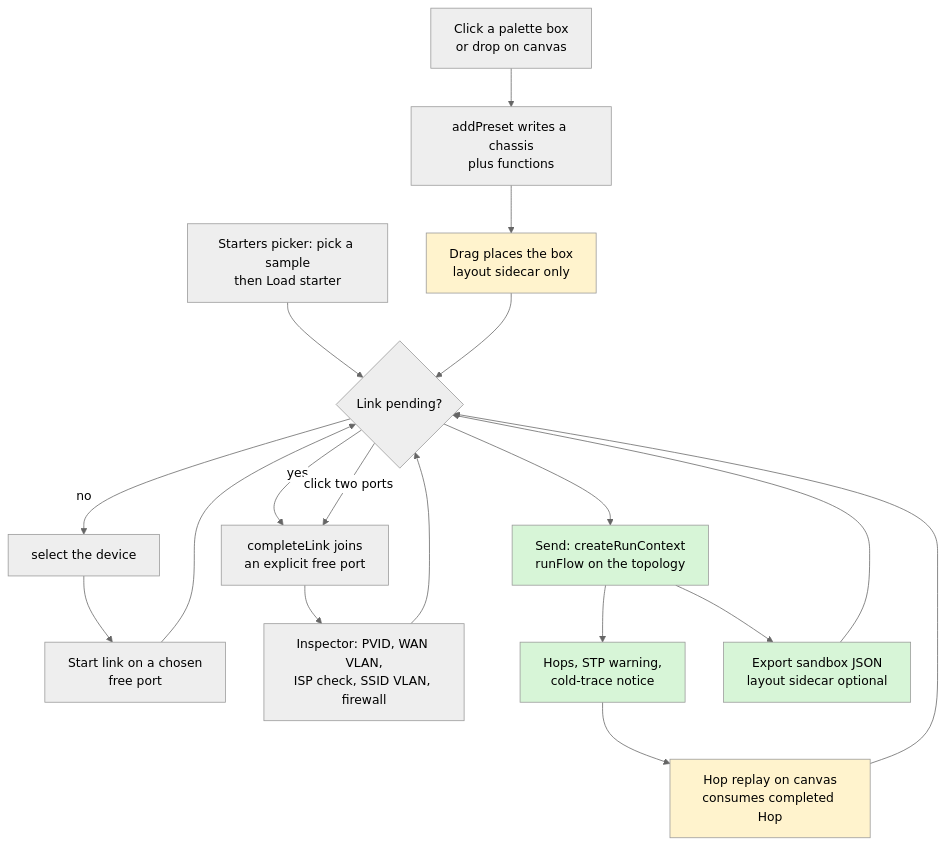
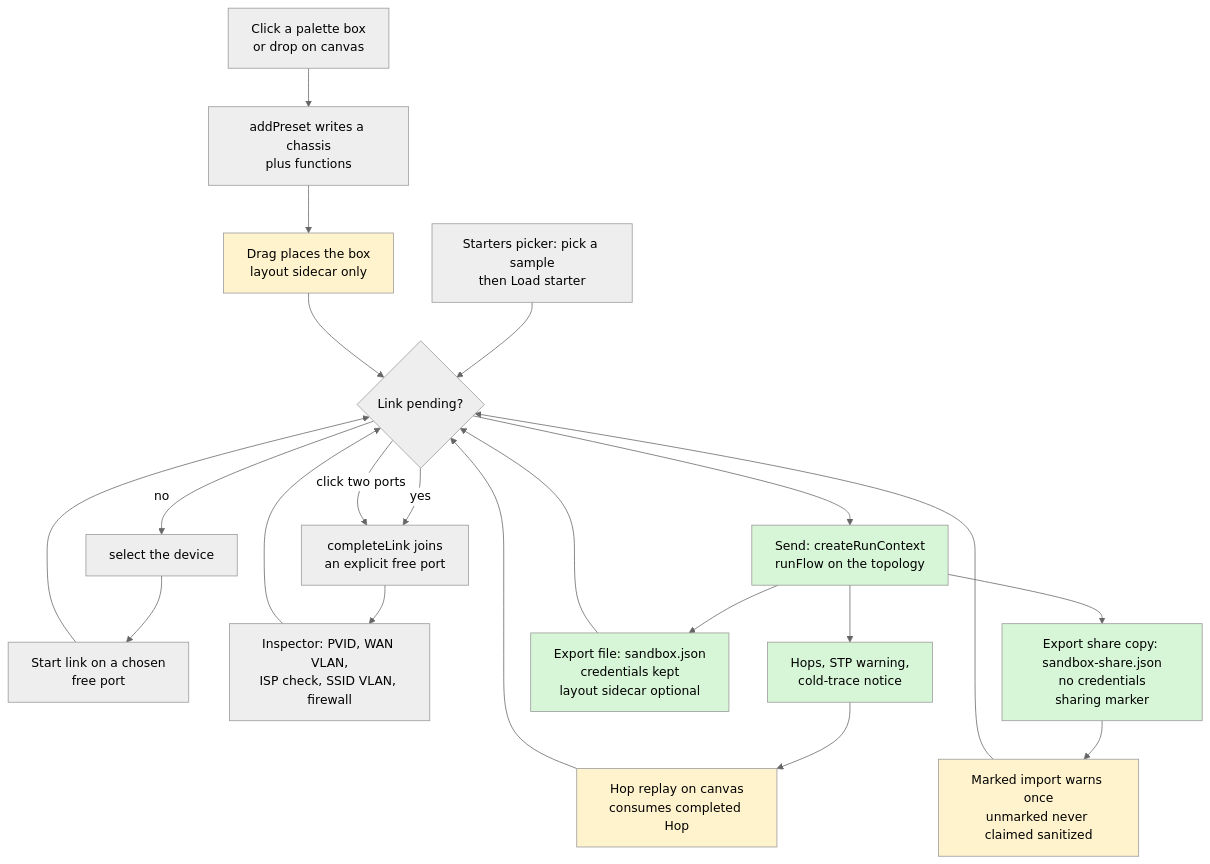
Before and after one commit to alanfong93/network-sandbox: the third of 5 diagrams in docs/system_flow.md, drawn with Mermaid (neutral theme). The commit also changed other lines of this file and 8 other files, not shown here.

First line of the commit message:
feat: share-safe export strips ISP credentials behind an explicit marker (#168) (#169)

````diff
--- a/docs/system_flow.md
+++ b/docs/system_flow.md
@@ -155,25 +160,30 @@
 ```mermaid
 flowchart TD
     PA[Click a palette box<br>or drop on canvas] --> AP[addPreset writes a chassis<br>plus functions]
     STT[Starters picker: pick a sample<br>then Load starter] --> SE
     AP --> DR[Drag places the box<br>layout sidecar only]
     DR --> SE{Link pending?}
     SE -->|yes| CL[completeLink joins<br>an explicit free port]
     SE -->|click two ports| CL
     SE -->|no| SL[select the device]
     SL --> ST[Start link on a chosen<br>free port]
     ST --> SE
     CL --> IN[Inspector: PVID, WAN VLAN,<br>ISP check, SSID VLAN, firewall]
     IN --> SE
     SE --> SD[Send: createRunContext<br>runFlow on the topology]
     SD --> HO[Hops, STP warning,<br>cold-trace notice]
     HO --> RP[Hop replay on canvas<br>consumes completed Hop]
     RP --> SE
-    SD --> EX[Export sandbox JSON<br>layout sidecar optional]
+    SD --> EX[Export file: sandbox.json<br>credentials kept<br>layout sidecar optional]
+    SD --> SX[Export share copy: sandbox-share.json<br>no credentials<br>sharing marker]
     EX --> SE
+    SX --> SW[Marked import warns once<br>unmarked never claimed sanitized]
+    SW --> SE
     style SD fill:#d7f5d7,color:#000
     style HO fill:#d7f5d7,color:#000
     style EX fill:#d7f5d7,color:#000
+    style SX fill:#d7f5d7,color:#000
+    style SW fill:#fff3cd,color:#000
     style RP fill:#fff3cd,color:#000
     style DR fill:#fff3cd,color:#000
 ```
````
